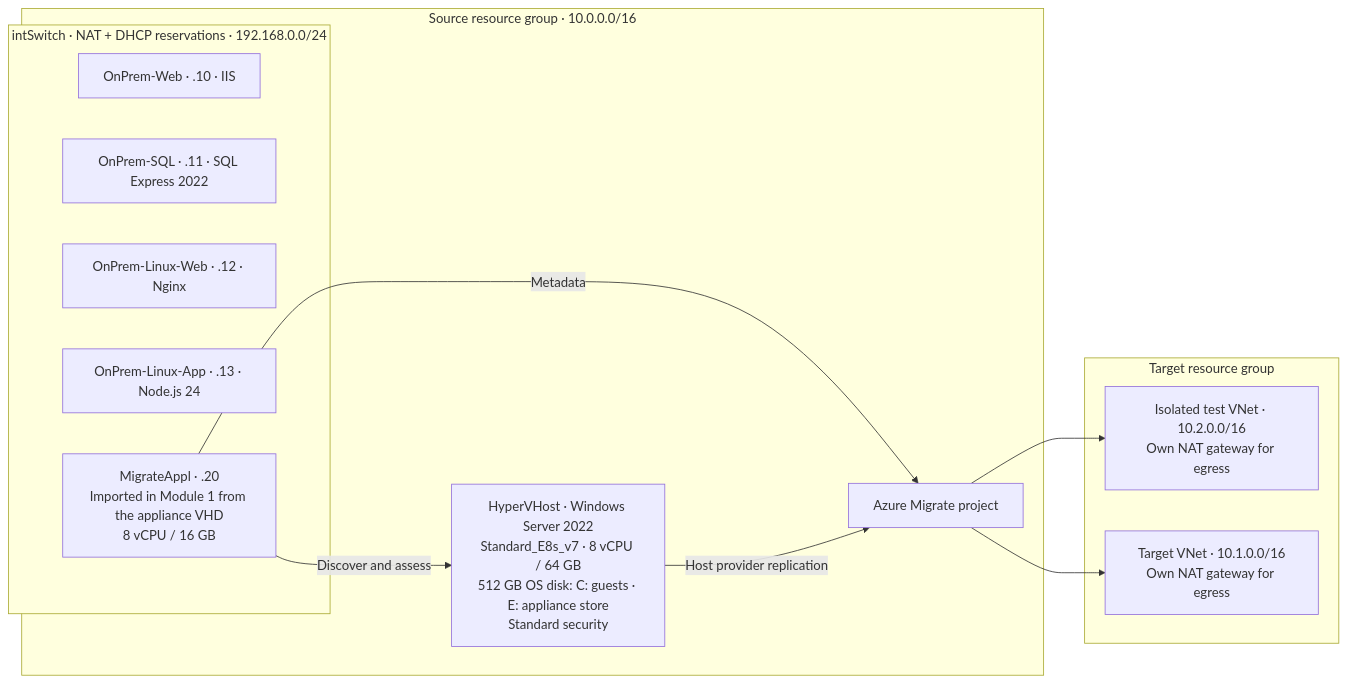
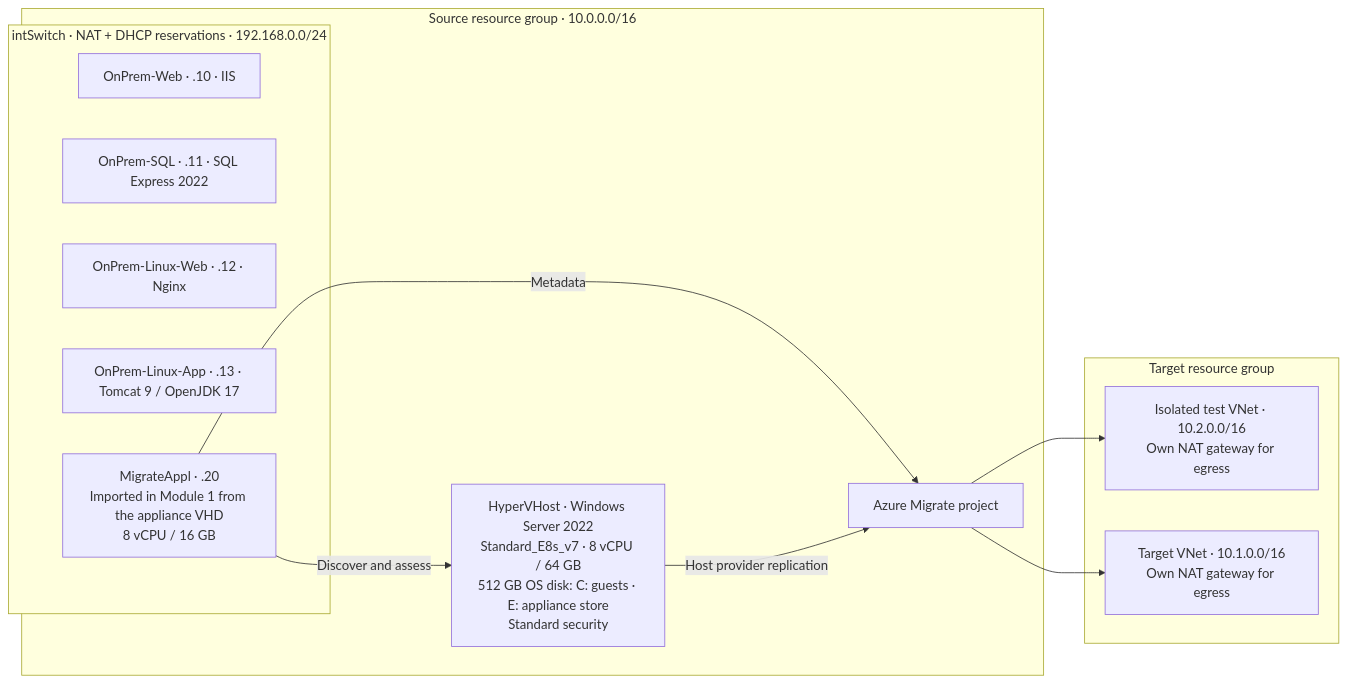
Before and after one commit to JBibbs19/azure-migrate-workshop: the diagram in README.md, drawn with Mermaid. The commit also changed other lines of this file and 4 other files, not shown here.

````diff
--- a/README.md
+++ b/README.md
@@ -27,23 +46,23 @@
 ```mermaid
 flowchart LR
   subgraph Source["Source resource group · 10.0.0.0/16"]
     Host["HyperVHost · Windows Server 2022\nStandard_E8s_v7 · 8 vCPU / 64 GB\n512 GB OS disk: C: guests · E: appliance store\nStandard security"]
     subgraph Nested["intSwitch · NAT + DHCP reservations · 192.168.0.0/24"]
       IIS["OnPrem-Web · .10 · IIS"]
       SQL["OnPrem-SQL · .11 · SQL Express 2022"]
       Nginx["OnPrem-Linux-Web · .12 · Nginx"]
-      App["OnPrem-Linux-App · .13 · Node.js 24"]
+      App["OnPrem-Linux-App · .13 · Tomcat 9 / OpenJDK 17"]
       Appliance["MigrateAppl · .20\nImported in Module 1 from the appliance VHD\n8 vCPU / 16 GB"]
     end
     Project["Azure Migrate project"]
     Appliance -->|Discover and assess| Host
     Appliance -->|Metadata| Project
   end
   subgraph Destination["Target resource group"]
     Test["Isolated test VNet · 10.2.0.0/16\nOwn NAT gateway for egress"]
     Target["Target VNet · 10.1.0.0/16\nOwn NAT gateway for egress"]
   end
   Host -->|Host provider replication| Project
   Project --> Test
   Project --> Target
 ```
````
